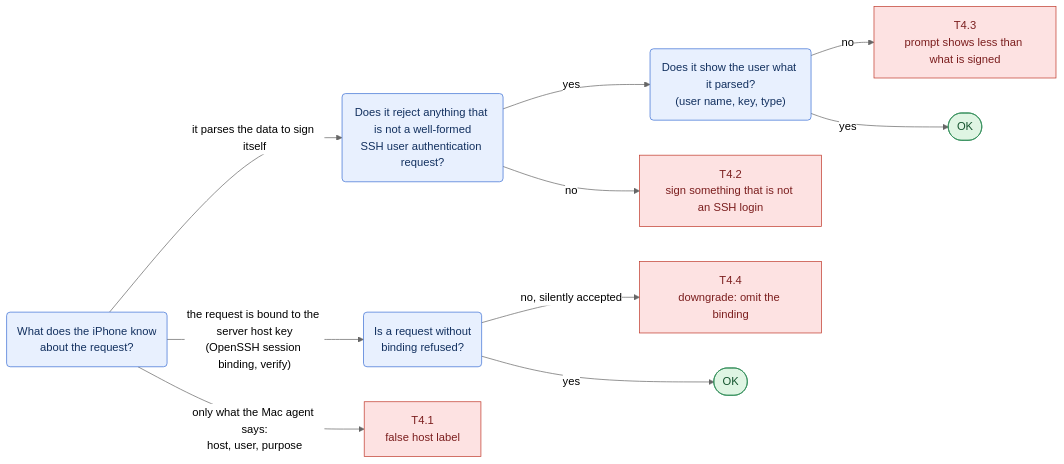
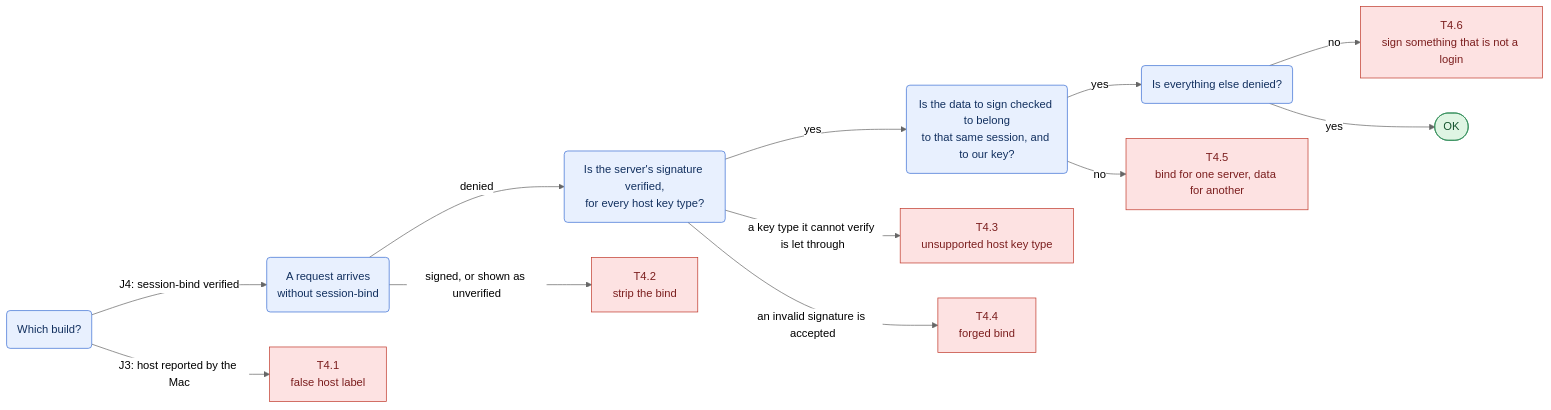
Before and after one commit to Samylay/sentry-key: the ninth of 17 diagrams in docs/red-team/README.md, drawn with Mermaid (neutral theme). The commit also changed other lines of this file and 1 other file, not shown here.

First line of the commit message:
Align red team guide with docs/ARCHITECTURE.md (prompt P-007)

````diff
--- a/docs/red-team/README.md
+++ b/docs/red-team/README.md
@@ -429,20 +417,23 @@
 ```mermaid
 flowchart LR
   classDef q fill:#e8f0fe,stroke:#3b6fd4,color:#12305f
   classDef atk fill:#fde2e2,stroke:#c0392b,color:#7b1e1e
   classDef ok fill:#dff5e3,stroke:#2e8b57,color:#14532d
   classDef note fill:#fff4d6,stroke:#b7791f,color:#5c3d00
-  q1("What does the iPhone know<br/>about the request?"):::q
-  q2("Does it reject anything that is not a well-formed<br/>SSH user authentication request?"):::q
-  q3("Does it show the user what it parsed?<br/>(user name, key, type)"):::q
-  q4("Is a request without<br/>binding refused?"):::q
-  q1 -->|"only what the Mac agent says:<br/>host, user, purpose"| a1["T4.1<br/>false host label"]:::atk
-  q1 -->|"it parses the data to sign itself"| q2
-  q1 -->|"the request is bound to the server host key<br/>(OpenSSH session binding, verify)"| q4
-  q2 -->|"no"| a2["T4.2<br/>sign something that is not an SSH login"]:::atk
+  q0("Which build?"):::q
+  q1("A request arrives<br/>without session-bind"):::q
+  q2("Is the server's signature verified,<br/>for every host key type?"):::q
+  q3("Is the data to sign checked to belong<br/>to that same session, and to our key?"):::q
+  q4("Is everything else denied?"):::q
+  q0 -->|"J3: host reported by the Mac"| a1["T4.1<br/>false host label"]:::atk
+  q0 -->|"J4: session-bind verified"| q1
+  q1 -->|"signed, or shown as unverified"| a2["T4.2<br/>strip the bind"]:::atk
+  q1 -->|"denied"| q2
+  q2 -->|"a key type it cannot verify is let through"| a3["T4.3<br/>unsupported host key type"]:::atk
+  q2 -->|"an invalid signature is accepted"| a4["T4.4<br/>forged bind"]:::atk
   q2 -->|"yes"| q3
-  q3 -->|"no"| a3["T4.3<br/>prompt shows less than what is signed"]:::atk
-  q3 -->|"yes"| ok1(["OK"]):::ok
-  q4 -->|"no, silently accepted"| a4["T4.4<br/>downgrade: omit the binding"]:::atk
-  q4 -->|"yes"| ok2(["OK"]):::ok
+  q3 -->|"no"| a5["T4.5<br/>bind for one server, data for another"]:::atk
+  q3 -->|"yes"| q4
+  q4 -->|"no"| a6["T4.6<br/>sign something that is not a login"]:::atk
+  q4 -->|"yes"| ok1(["OK"]):::ok
 ```
````
